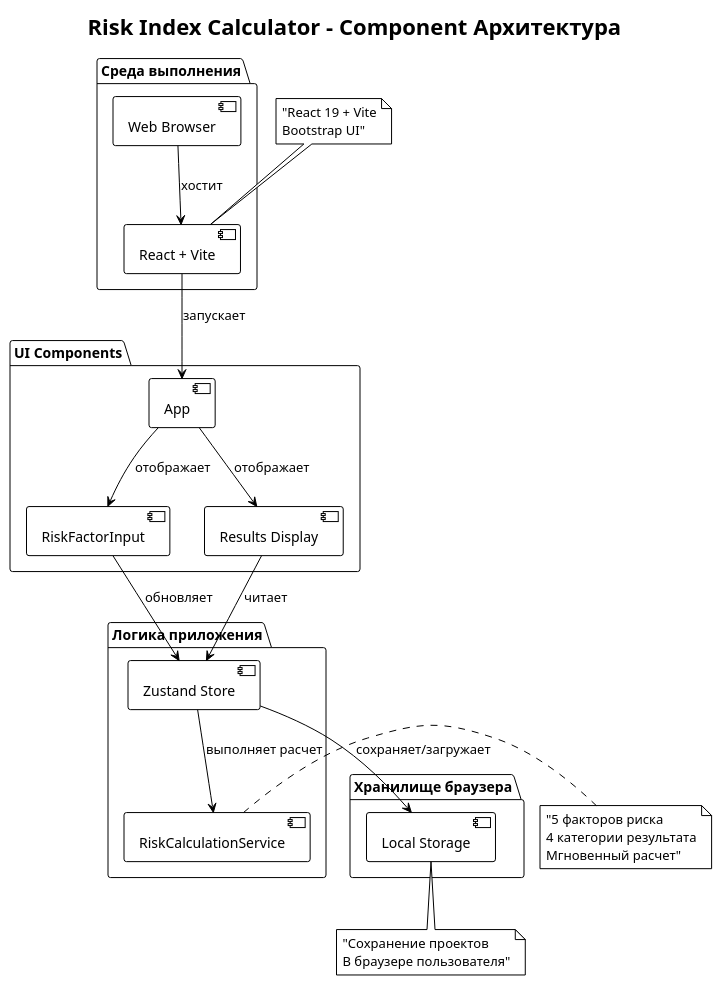
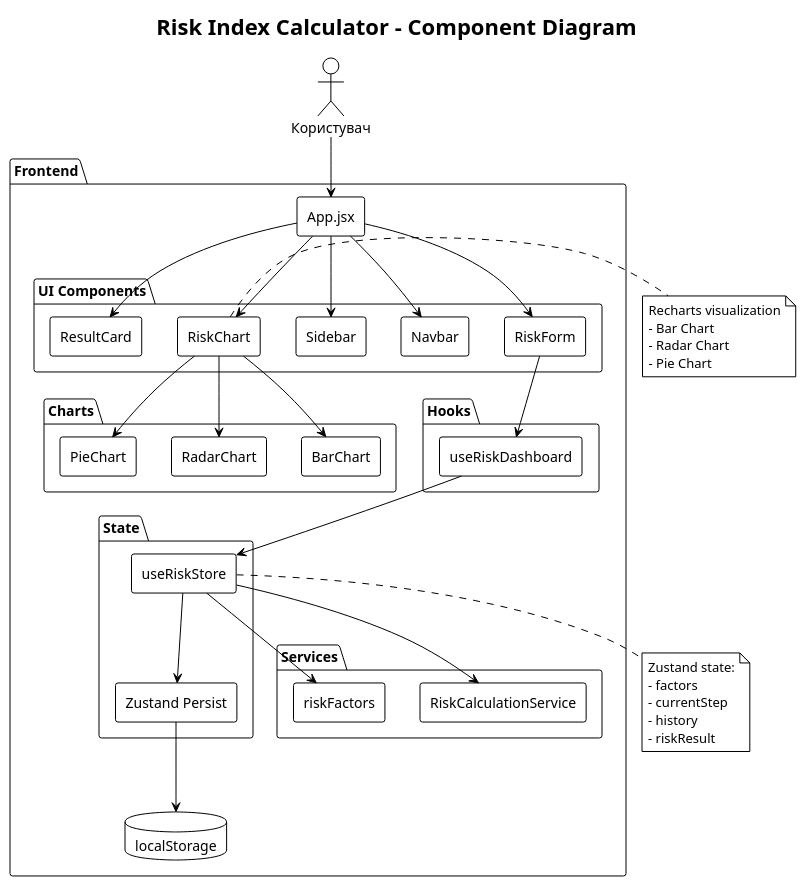
One commit to Ivan-Kukshyn/InnoRiskCalculator changed the diagram in UML/Component.puml. Above: the diagram before and after it, drawn with PlantUML. The commit also changed 21143 other files, not shown here.

```diff
--- a/UML/Component.puml
+++ b/UML/Component.puml
@@ -1,48 +1,82 @@
 @startuml RiskIndexCalculatorComponentDiagram
 
 !theme plain
 skinparam backgroundColor transparent
+skinparam componentStyle rectangle
+skinparam shadowing false
 
-title Risk Index Calculator - Component Архитектура
+title Risk Index Calculator - Component Diagram
 
-' Основные компоненты
-package "UI Components" {
-  [App] as App
-  [RiskFactorInput] as Input
-  [Results Display] as Results
+actor "Користувач" as User
+
+package "Frontend" {
+
+  [App.jsx] as App
+
+  package "UI Components" {
+    [Navbar] as Navbar
+    [Sidebar] as Sidebar
+    [RiskForm] as RiskForm
+    [ResultCard] as ResultCard
+    [RiskChart] as RiskChart
+  }
+
+  package "Charts" {
+    [BarChart] as BarChart
+    [RadarChart] as RadarChart
+    [PieChart] as PieChart
+  }
+
+  package "Hooks" {
+    [useRiskDashboard] as UseDashboard
+  }
+
+  package "State" {
+    [useRiskStore] as Store
+    [Zustand Persist] as Persist
+  }
+
+  package "Services" {
+    [RiskCalculationService] as CalcService
+    [riskFactors] as RiskFactors
+  }
+
+  database "localStorage" as LocalStorage
 }
 
-package "Логика приложения" {
-  [Zustand Store] as Store
-  [RiskCalculationService] as CalcService
-}
+User --> App
 
-package "Хранилище браузера" {
-  [Local Storage] as Storage
-}
+App --> Navbar
+App --> Sidebar
+App --> RiskForm
+App --> ResultCard
+App --> RiskChart
 
-package "Среда выполнения" {
-  [React + Vite] as Framework
-  [Web Browser] as Browser
-}
+RiskChart --> BarChart
+RiskChart --> RadarChart
+RiskChart --> PieChart
 
-' Поток компонентов
-App --> Input : отображает
-App --> Results : отображает
-Input --> Store : обновляет
-Results --> Store : читает
-Store --> CalcService : выполняет расчет
-Store --> Storage : сохраняет/загружает
+RiskForm --> UseDashboard
+UseDashboard --> Store
 
-' Среда выполнения
-Framework --> App : запускает
-Browser --> Framework : хостит
+Store --> CalcService
+Store --> RiskFactors
+Store --> Persist
+Persist --> LocalStorage
 
-' Заметки
-note right of CalcService : "5 факторов риска\n4 категории результата\nМгновенный расчет"
+note right of RiskChart
+  Recharts visualization
+  - Bar Chart
+  - Radar Chart
+  - Pie Chart
+end note
 
-note bottom of Storage : "Сохранение проектов\nВ браузере пользователя"
-
-note top of Framework : "React 19 + Vite\nBootstrap UI"
+note bottom of Store
+  Zustand state:
+  - factors
+  - currentStep
+  - history
+  - riskResult
+end note
 
 @enduml
```
